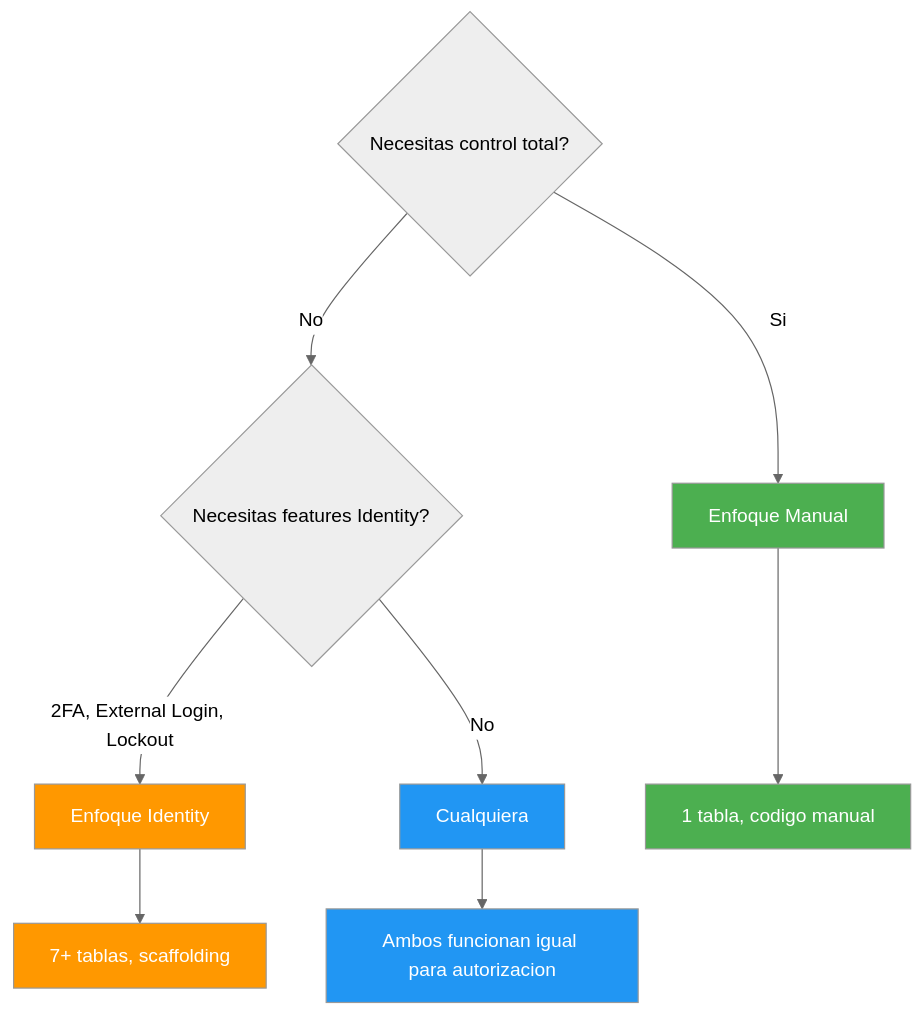
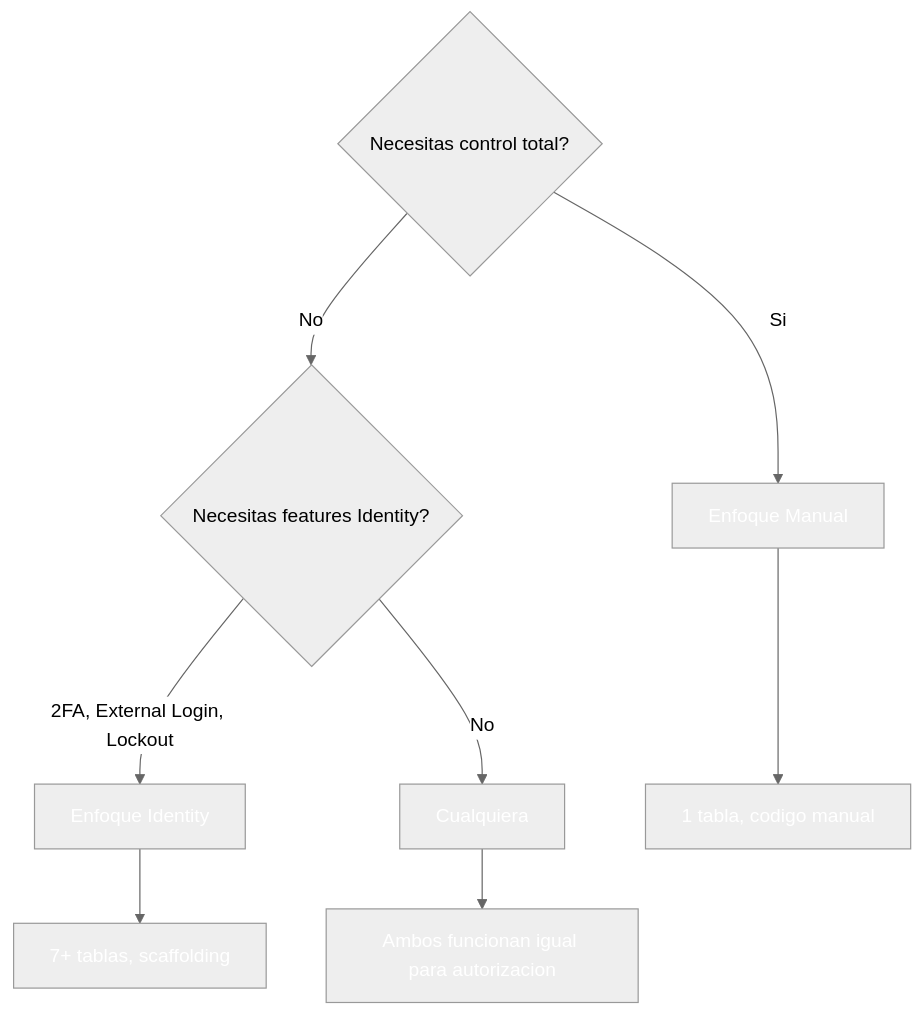
One commit to joseluisgs/DesarrolloWebEntornosServidor-02-2026-2027 changed diagram 13 of 14 in 17-autorizacion.md. Above: the diagram before and after it, drawn with Mermaid (neutral theme). The commit also changed other lines of this file and 41 other files, not shown here.

````diff
--- a/17-autorizacion.md
+++ b/17-autorizacion.md
@@ -1217,18 +1217,18 @@
 ```mermaid
 flowchart TD
     A{"Necesitas control total?"} -->|Si| B["Enfoque Manual"]
     A -->|No| C{"Necesitas features Identity?"}
     C -->|2FA, External Login, Lockout| D["Enfoque Identity"]
     C -->|No| E["Cualquiera"]
 
     B --> F["1 tabla, codigo manual"]
     D --> G["7+ tablas, scaffolding"]
     E --> H["Ambos funcionan igual para autorizacion"]
 
-    style B fill:#4CAF50,color:#fff
-    style D fill:#FF9800,color:#fff
-    style E fill:#2196F3,color:#fff
-    style F fill:#4CAF50,color:#fff
-    style G fill:#FF9800,color:#fff
-    style H fill:#2196F3,color:#fff
+    style B fill:#4CAF5,color:#fff0,color:#fff
+    style D fill:#FF980,color:#fff0,color:#fff
+    style E fill:#2196F,color:#fff3,color:#fff
+    style F fill:#4CAF5,color:#fff0,color:#fff
+    style G fill:#FF980,color:#fff0,color:#fff
+    style H fill:#2196F,color:#fff3,color:#fff
 ```
````
